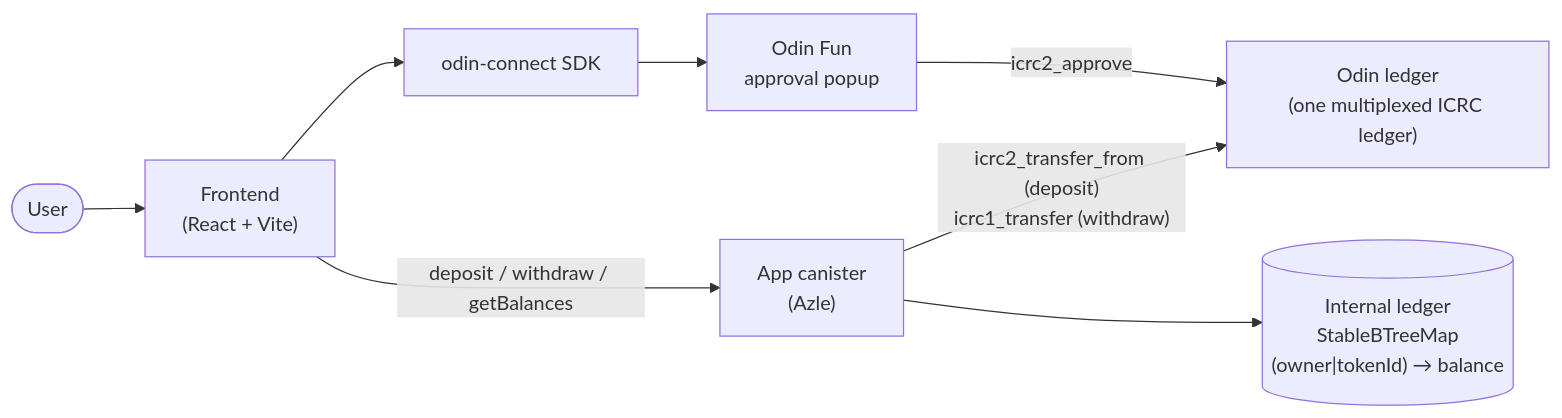
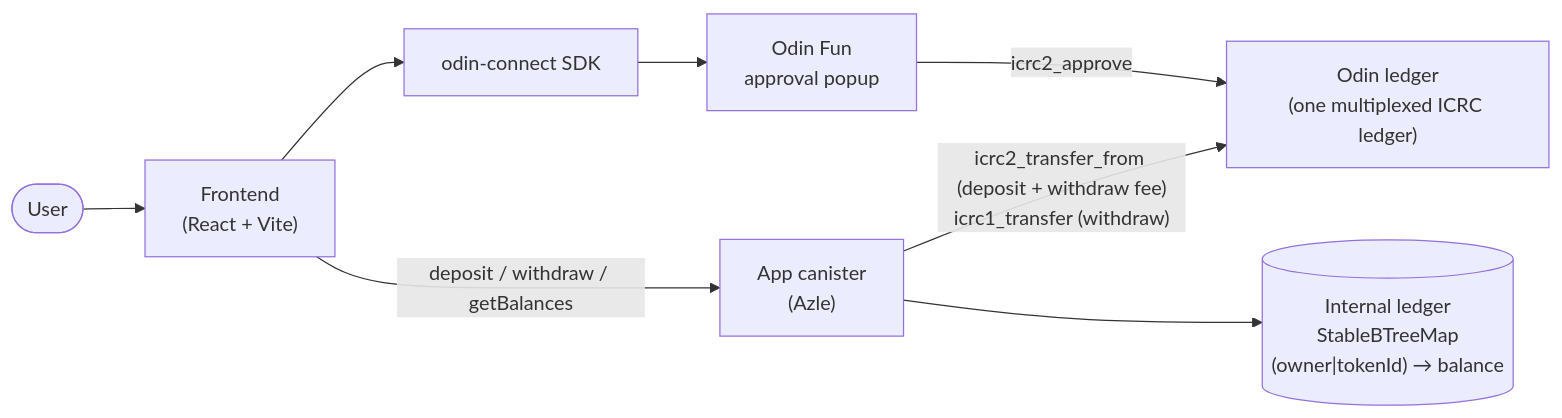
The diagram in README.md (Toniq-Labs/odin-app-template), drawn with Mermaid before and after one commit. The commit also changed other lines of this file, not shown here.

First line of the commit message:
docs: reflect withdraw BTC fee pull in architecture diagram

````diff
--- a/README.md
+++ b/README.md
@@ -13,18 +13,18 @@
 ```mermaid
 flowchart LR
     user([User])
     fe["Frontend<br/>(React + Vite)"]
     oc["odin-connect SDK"]
     popup["Odin Fun<br/>approval popup"]
     can["App canister<br/>(Azle)"]
     ledger[("Internal ledger<br/>StableBTreeMap<br/>(owner|tokenId) → balance")]
     odin["Odin ledger<br/>(one multiplexed ICRC ledger)"]
 
     user --> fe
     fe --> oc
     oc --> popup
     popup -->|icrc2_approve| odin
     fe -->|"deposit / withdraw / getBalances"| can
     can --> ledger
-    can -->|"icrc2_transfer_from (deposit)<br/>icrc1_transfer (withdraw)"| odin
+    can -->|"icrc2_transfer_from (deposit + withdraw fee)<br/>icrc1_transfer (withdraw)"| odin
 ```
````
